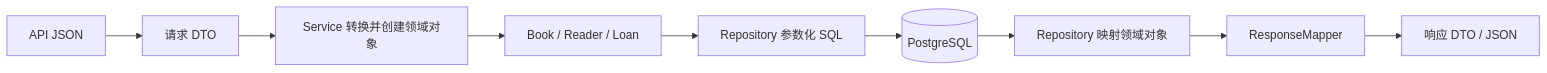
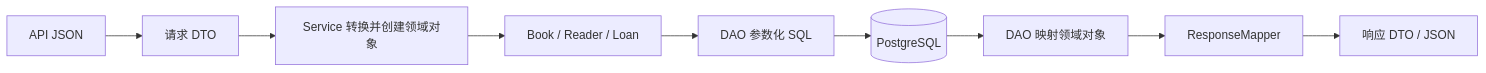
Before and after one commit to wueyue/library-management: the sixth of 6 diagrams in README.md, drawn with Mermaid. The commit also changed other lines of this file and 18 other files, not shown here.

````diff
--- a/README.md
+++ b/README.md
@@ -697,11 +705,11 @@
 ```mermaid
 flowchart LR
     A[API JSON] --> B[请求 DTO]
     B --> C[Service 转换并创建领域对象]
     C --> D[Book / Reader / Loan]
-    D --> E[Repository 参数化 SQL]
+    D --> E[DAO 参数化 SQL]
     E --> F[(PostgreSQL)]
-    F --> G[Repository 映射领域对象]
+    F --> G[DAO 映射领域对象]
     G --> H[ResponseMapper]
     H --> I[响应 DTO / JSON]
 ```
````
